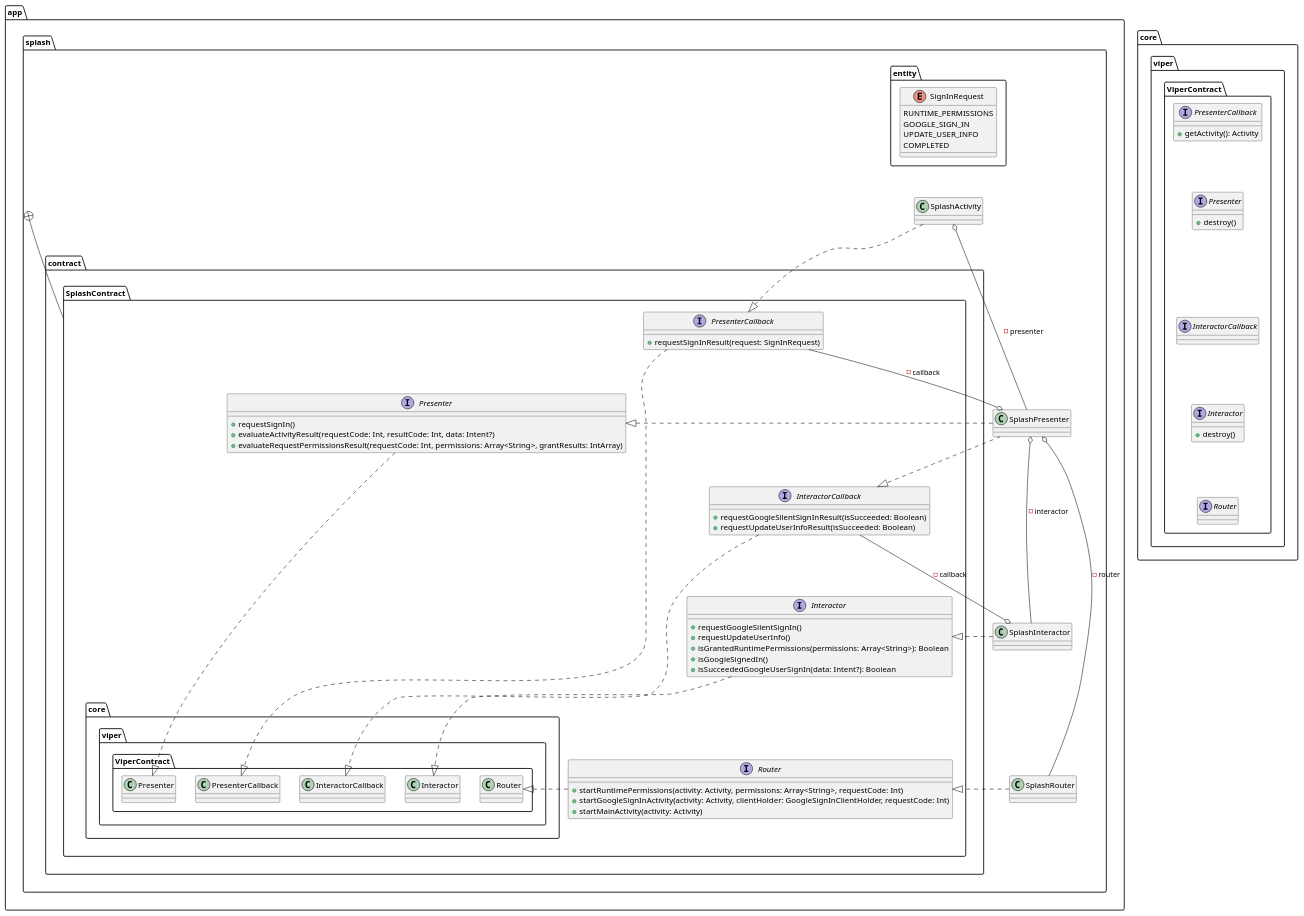
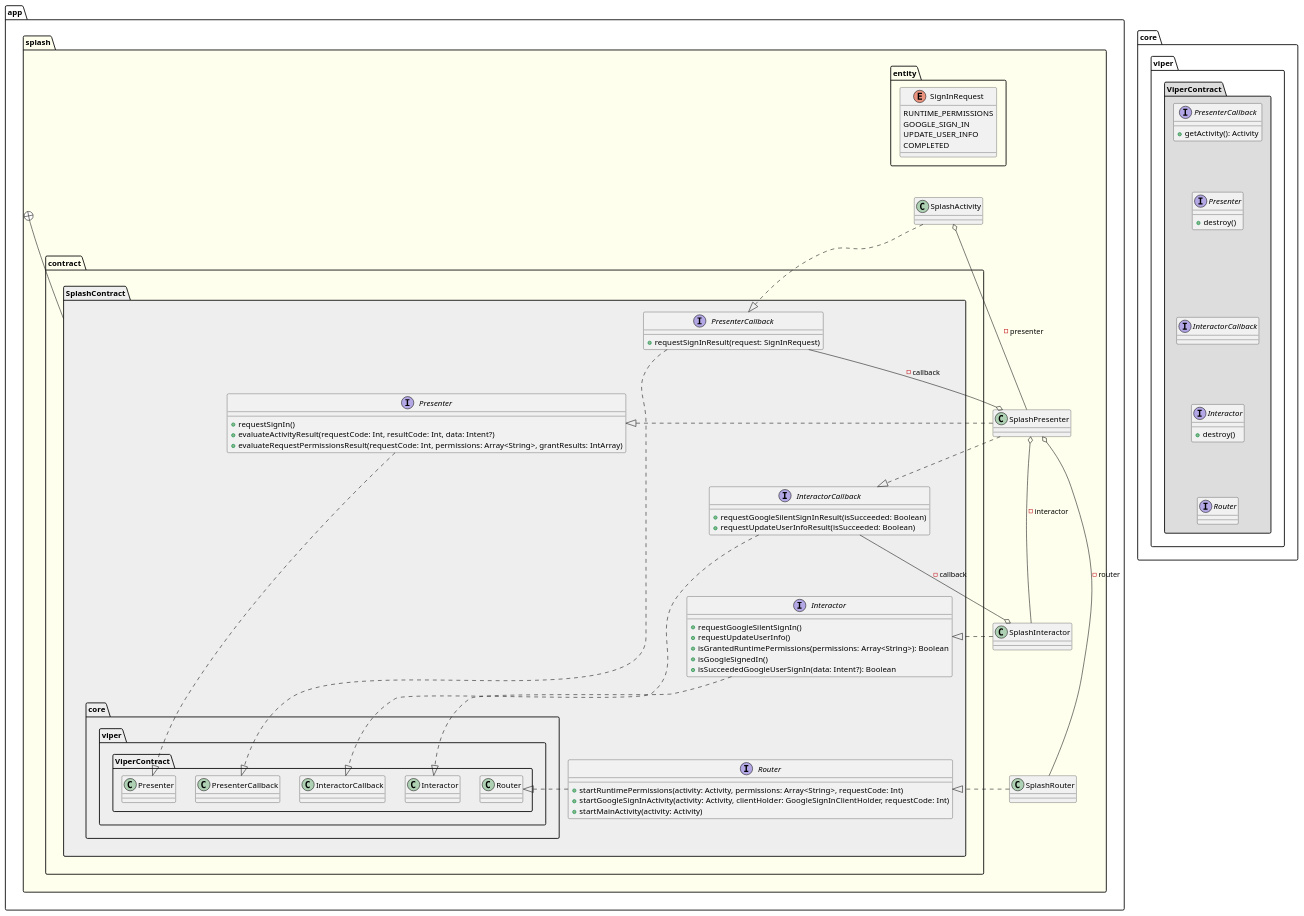
Before and after one commit to sallyluenoa/PhotoSlideShow: the diagram in uml/splash/class_diagram_splash_viper.md, drawn with PlantUML. The commit also changed 5 other files, not shown here.

First line of the commit message:
Write UML for design #13

```diff
--- a/uml/splash/class_diagram_splash_viper.md
+++ b/uml/splash/class_diagram_splash_viper.md
@@ -1,5 +1,5 @@
 @startuml
-namespace app.splash {
+namespace app.splash #FFFFEE {
   SplashActivity o-- SplashPresenter: -presenter
   SplashPresenter o--- SplashInteractor: -interactor
   SplashPresenter o---- SplashRouter: -router
@@ -29,7 +29,7 @@
   }
 }
 
-namespace app.splash.contract.SplashContract {
+namespace app.splash.contract.SplashContract #EEEEEE {
   interface Presenter {
     + requestSignIn()
     + evaluateActivityResult(requestCode: Int, resultCode: Int, data: Intent?)
@@ -69,7 +69,7 @@
 
 app.splash +-- app.splash.contract.SplashContract
 
-namespace core.viper.ViperContract {
+namespace core.viper.ViperContract #DDDDDD {
   interface Presenter {
     + destroy()
   }
```
